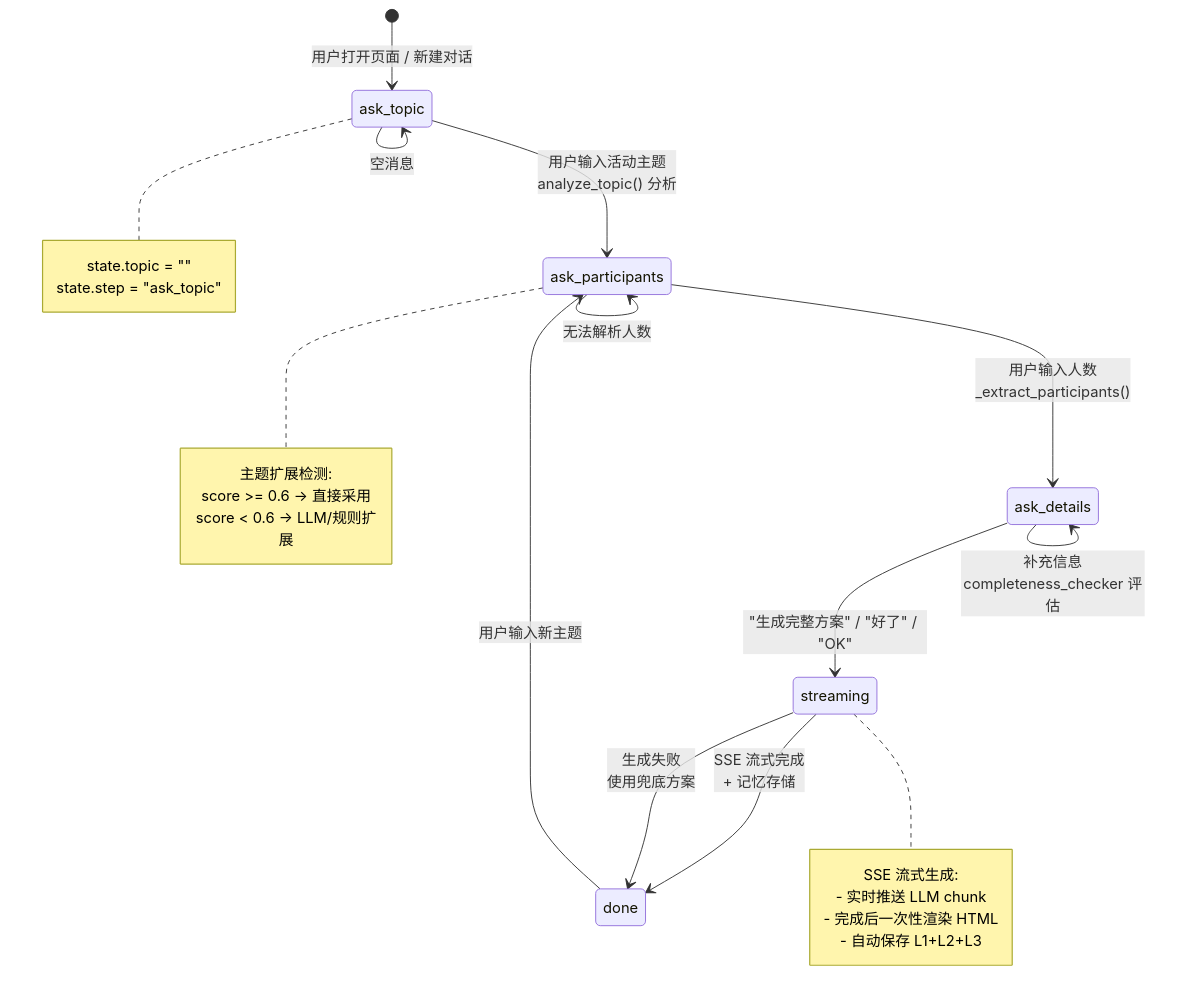
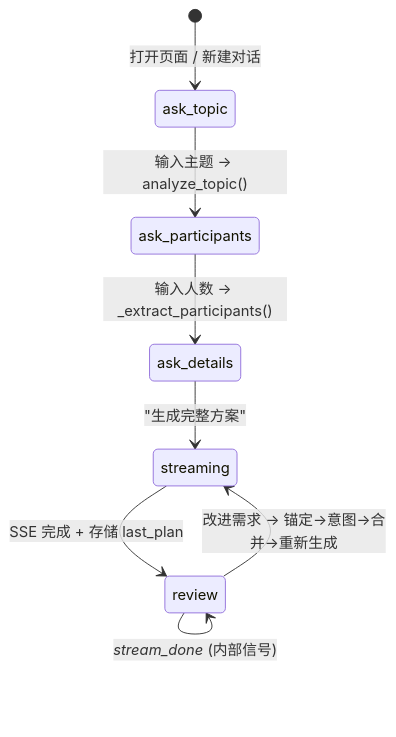
Before and after one commit to shuda-li/Campus-Compass: the first of 4 diagrams in Campus-Compass-完整工作流文档.md, drawn with Mermaid. The commit also changed other lines of this file, not shown here.

Commit message:
docs: 重构完整工作流文档, 反映当前项目状态 (Plan-Aware锚定/意图检测/Word导出/StarRail UI)

````diff
--- a/Campus-Compass-完整工作流文档.md
+++ b/Campus-Compass-完整工作流文档.md
@@ -1044,36 +331,10 @@
 ```mermaid
 stateDiagram-v2
-    [*] --> ask_topic: 用户打开页面 / 新建对话
-
-    ask_topic --> ask_participants: 用户输入活动主题<br/>analyze_topic() 分析
-    ask_topic --> ask_topic: 空消息
-
-    ask_participants --> ask_details: 用户输入人数<br/>_extract_participants()
-    ask_participants --> ask_participants: 无法解析人数
-
-    ask_details --> streaming: "生成完整方案" / "好了" / "OK"
-    ask_details --> ask_details: 补充信息<br/>completeness_checker 评估
-
-    streaming --> done: SSE 流式完成<br/>+ 记忆存储
-    streaming --> done: 生成失败<br/>使用兜底方案
-
-    done --> ask_participants: 用户输入新主题
-
-    note right of ask_topic
-        state.topic = ""
-        state.step = "ask_topic"
-    end note
-
-    note right of ask_participants
-        主题扩展检测:
-        score >= 0.6 → 直接采用
-        score < 0.6 → LLM/规则扩展
-    end note
-
-    note right of streaming
-        SSE 流式生成:
-        - 实时推送 LLM chunk
-        - 完成后一次性渲染 HTML
-        - 自动保存 L1+L2+L3
-    end note
+    [*] --> ask_topic: 打开页面 / 新建对话
+    ask_topic --> ask_participants: 输入主题 → analyze_topic()
+    ask_participants --> ask_details: 输入人数 → _extract_participants()
+    ask_details --> streaming: "生成完整方案"
+    streaming --> review: SSE 完成 + 存储 last_plan
+    review --> streaming: 改进需求 → 锚定→意图→合并→重新生成
+    review --> review: _stream_done_ (内部信号)
 ```
````
